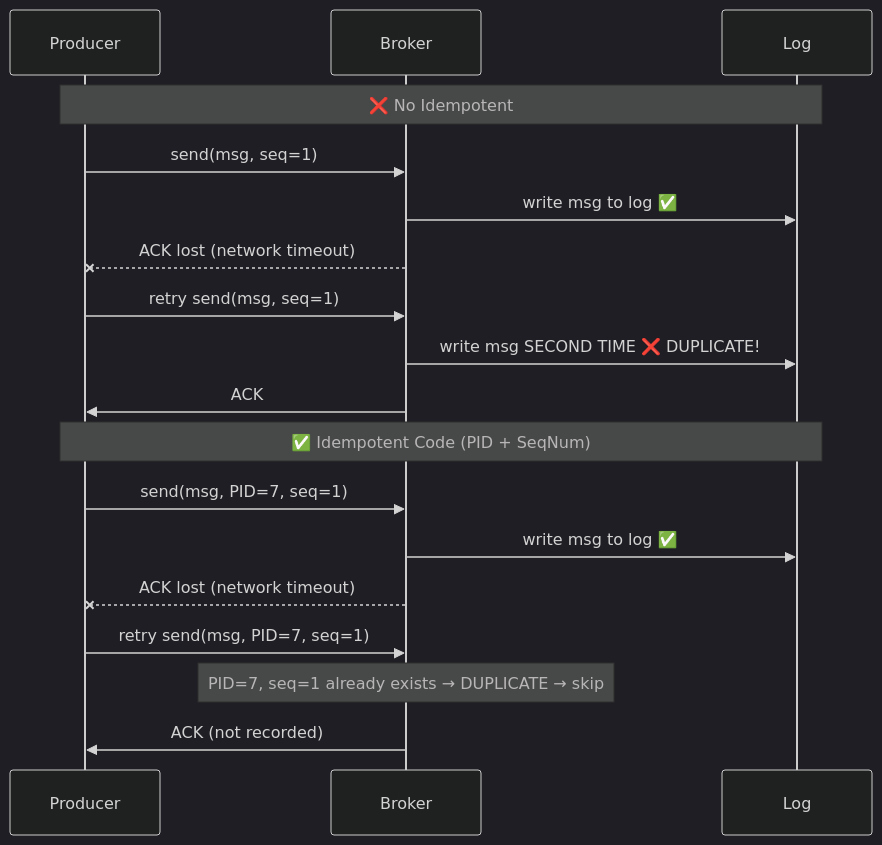
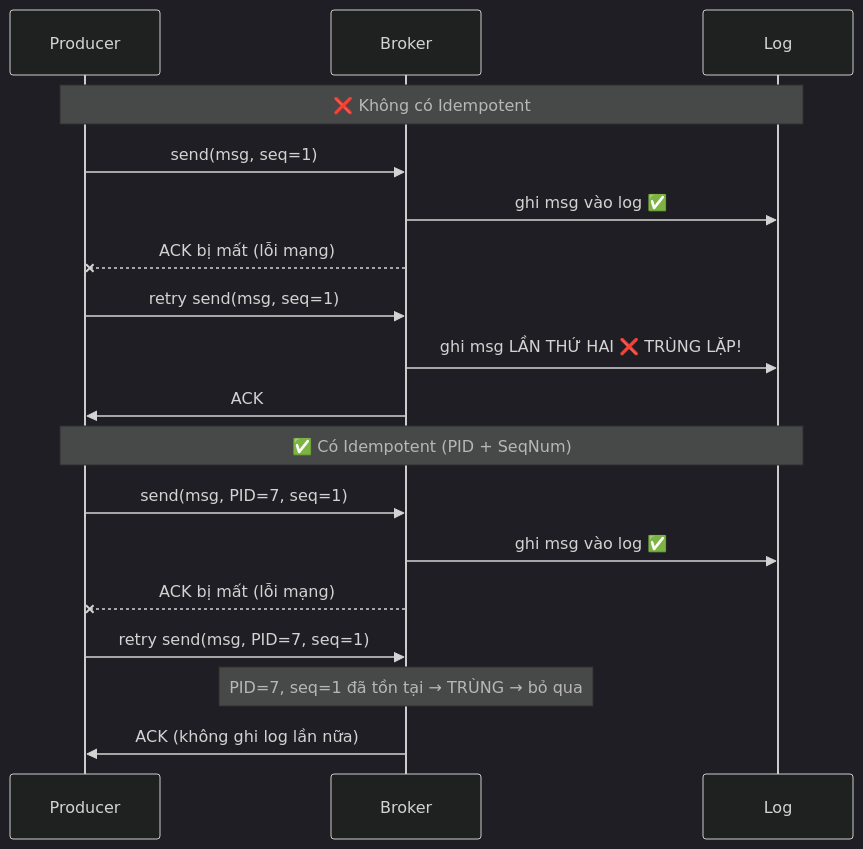
Diagram 17 of 38 in docs/guides/kafka-qrtable.md (quan-vo-dinh/saas-pos-microservices-qrtable), drawn with Mermaid (dark theme) before and after one commit. The commit also changed other lines of this file and 62 other files, not shown here.

````diff
--- a/docs/guides/kafka-qrtable.md
+++ b/docs/guides/kafka-qrtable.md
@@ -758,22 +757,22 @@
 ```mermaid
 sequenceDiagram
     participant P as Producer
     participant B as Broker
     participant L as Log
 
-Note over P,L: ❌ No Idempotent
+    Note over P,L: ❌ Không có Idempotent
     P->>B: send(msg, seq=1)
-B->>L: write msg to log ✅
-B--xP: ACK lost (network timeout)
+    B->>L: ghi msg vào log ✅
+    B--xP: ACK bị mất (lỗi mạng)
     P->>B: retry send(msg, seq=1)
-B->>L: write msg SECOND TIME ❌ DUPLICATE!
+    B->>L: ghi msg LẦN THỨ HAI ❌ TRÙNG LẶP!
     B->>P: ACK
 
-Note over P,L: ✅ Idempotent Code (PID + SeqNum)
+    Note over P,L: ✅ Có Idempotent (PID + SeqNum)
     P->>B: send(msg, PID=7, seq=1)
-B->>L: write msg to log ✅
-B--xP: ACK lost (network timeout)
+    B->>L: ghi msg vào log ✅
+    B--xP: ACK bị mất (lỗi mạng)
     P->>B: retry send(msg, PID=7, seq=1)
-Note over B: PID=7, seq=1 already exists → DUPLICATE → skip
-B->>P: ACK (not recorded)
+    Note over B: PID=7, seq=1 đã tồn tại → TRÙNG → bỏ qua
+    B->>P: ACK (không ghi log lần nữa)
 ```
````
